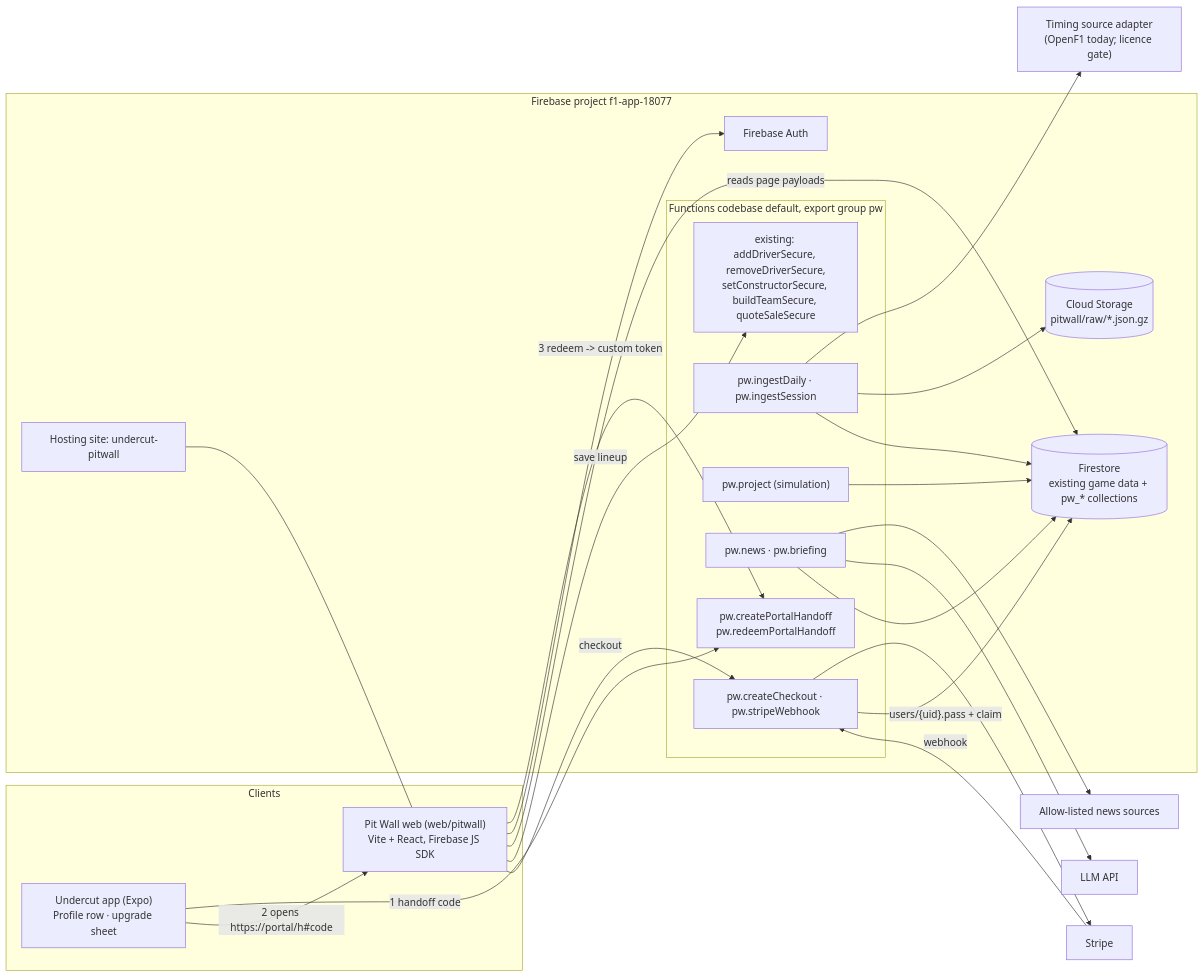
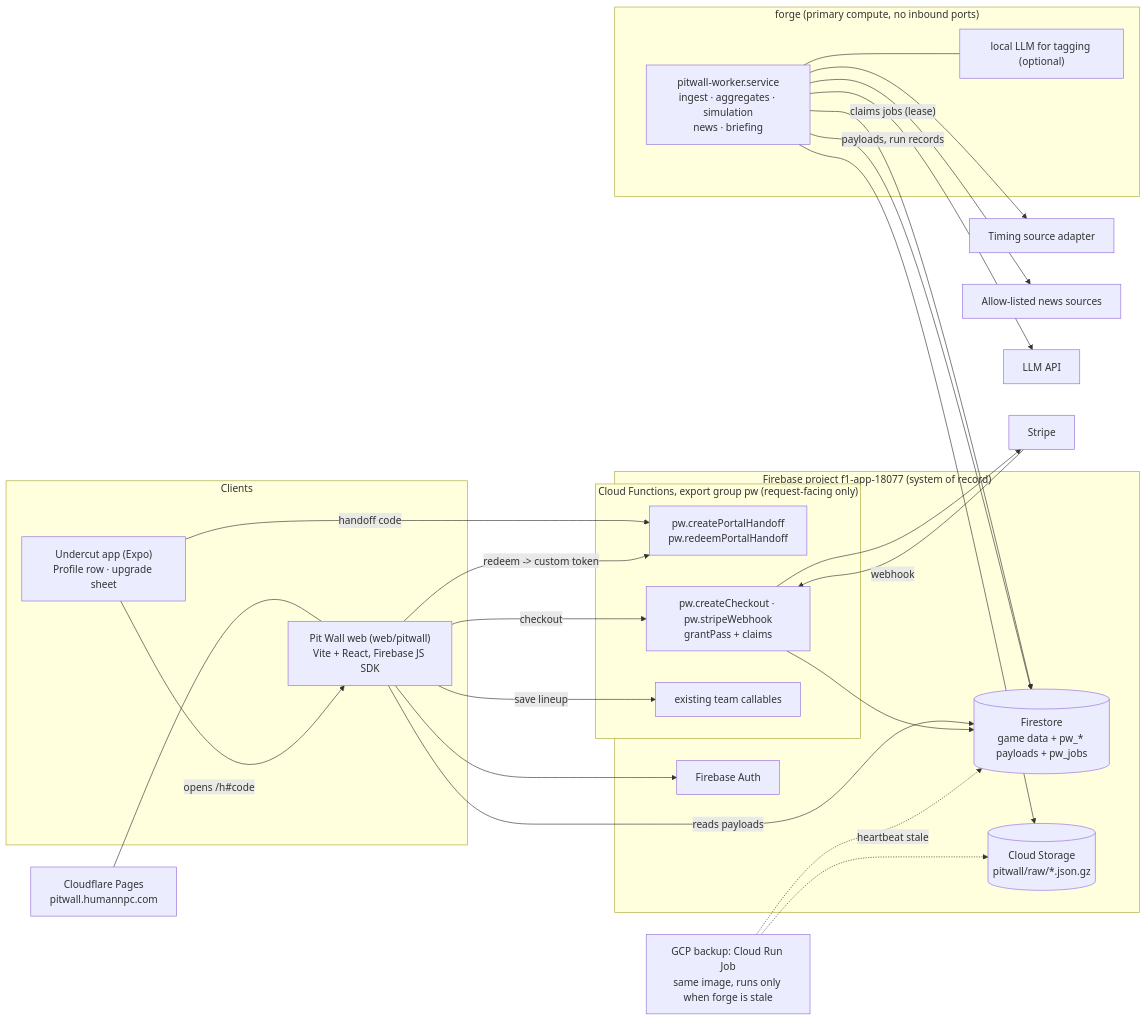
One commit to Ringzero787/f1-fantasy-app changed the diagram in docs/design/pitwall/ARCHITECTURE.md. Above: the diagram before and after it, drawn with Mermaid. The commit also changed other lines of this file and 6 other files, not shown here.

First line of the commit message:
docs(uc): Pit Wall on Cloudflare Pages with forge-first compute and a GCP backup (ADR-002)

````diff
--- a/docs/design/pitwall/ARCHITECTURE.md
+++ b/docs/design/pitwall/ARCHITECTURE.md
@@ -9,42 +14,46 @@
 ```mermaid
 flowchart LR
   subgraph Clients
     APP["Undercut app (Expo)\nProfile row · upgrade sheet"]
     WEB["Pit Wall web (web/pitwall)\nVite + React, Firebase JS SDK"]
   end
-  subgraph Firebase["Firebase project f1-app-18077"]
+  CF["Cloudflare Pages\npitwall.humannpc.com"]
+  subgraph Firebase["Firebase project f1-app-18077 (system of record)"]
     AUTH[Firebase Auth]
-    HOST["Hosting site: undercut-pitwall"]
-    FS[("Firestore\nexisting game data + pw_* collections")]
+    FS[("Firestore\ngame data + pw_* payloads + pw_jobs")]
     GCS[("Cloud Storage\npitwall/raw/*.json.gz")]
-    subgraph FN["Functions codebase default, export group pw"]
+    subgraph FN["Cloud Functions, export group pw (request-facing only)"]
       HANDOFF["pw.createPortalHandoff\npw.redeemPortalHandoff"]
-      INGEST["pw.ingestDaily · pw.ingestSession"]
-      MODEL["pw.project (simulation)"]
-      NEWS["pw.news · pw.briefing"]
-      PAY["pw.createCheckout · pw.stripeWebhook"]
-      TEAM["existing: addDriverSecure, removeDriverSecure,\nsetConstructorSecure, buildTeamSecure, quoteSaleSecure"]
+      PAY["pw.createCheckout · pw.stripeWebhook\ngrantPass + claims"]
+      TEAM["existing team callables"]
     end
   end
-  SRC["Timing source adapter\n(OpenF1 today; licence gate)"]
+  subgraph FORGE["forge (primary compute, no inbound ports)"]
+    WORKER["pitwall-worker.service\ningest · aggregates · simulation\nnews · briefing"]
+    LOCAL["local LLM for tagging (optional)"]
+  end
+  DR["GCP backup: Cloud Run Job\nsame image, runs only when forge is stale"]
+  SRC["Timing source adapter"]
   RSS["Allow-listed news sources"]
   LLM["LLM API"]
   STRIPE[Stripe]
 
-  APP -- "1 handoff code" --> HANDOFF
-  APP -- "2 opens https://portal/h#code" --> WEB
-  WEB -- "3 redeem -> custom token" --> HANDOFF
+  CF --- WEB
+  APP -- "handoff code" --> HANDOFF
+  APP -- "opens /h#code" --> WEB
+  WEB -- "redeem -> custom token" --> HANDOFF
   WEB --> AUTH
-  WEB -- "reads page payloads" --> FS
+  WEB -- "reads payloads" --> FS
   WEB -- "save lineup" --> TEAM
-  WEB -- "checkout" --> PAY --> STRIPE
-  STRIPE -- webhook --> PAY -- "users/{uid}.pass + claim" --> FS
-  HOST --- WEB
-  INGEST --> SRC
-  INGEST --> GCS
-  INGEST --> FS
-  MODEL --> FS
-  NEWS --> RSS
-  NEWS --> LLM
-  NEWS --> FS
+  WEB -- checkout --> PAY --> STRIPE
+  STRIPE -- webhook --> PAY --> FS
+  WORKER -- "claims jobs (lease)" --> FS
+  WORKER --> SRC
+  WORKER --> RSS
+  WORKER --> LLM
+  WORKER --- LOCAL
+  WORKER -- "payloads, run records" --> FS
+  WORKER --> GCS
+  DR -. "heartbeat stale" .-> FS
+  DR -.-> GCS
 ```
````
